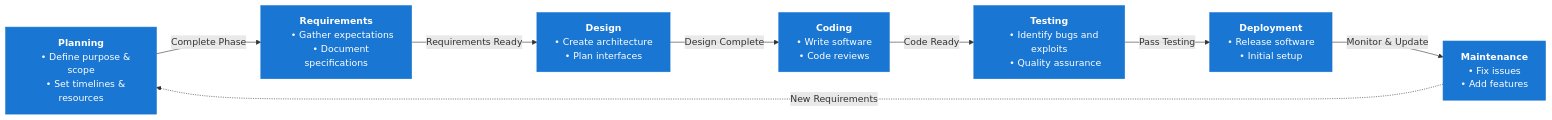
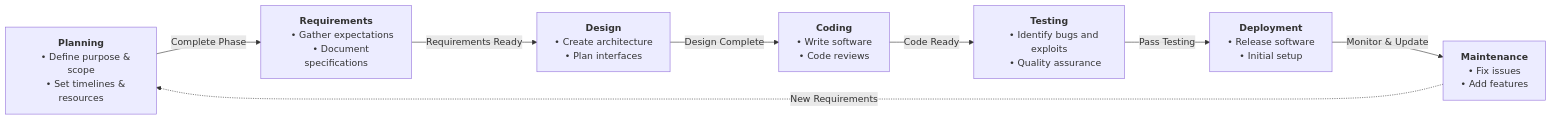
The diagram in README.md (a-dylean/42-darkly), drawn with Mermaid before and after one commit. The commit also changed other lines of this file and 13 other files, not shown here.

````diff
--- a/README.md
+++ b/README.md
@@ -16,34 +18,33 @@
 ```mermaid
 flowchart LR
     classDef phase fill:#1976d2,color:#fff,stroke:#1976d2
 
     P["<b>Planning</b>
     • Define purpose & scope
     • Set timelines & resources"] -->|Complete Phase| R["<b>Requirements</b>
     • Gather expectations
     • Document specifications"]
 
     R -->|Requirements Ready| D["<b>Design</b>
     • Create architecture
     • Plan interfaces"]
 
     D -->|Design Complete| C["<b>Coding</b>
     • Write software
     • Code reviews"]
 
     C -->|Code Ready| T["<b>Testing</b>
     • Identify bugs and exploits
     • Quality assurance"]
 
     T -->|Pass Testing| DE["<b>Deployment</b>
     • Release software
     • Initial setup"]
 
     DE -->|Monitor & Update| M["<b>Maintenance</b>
     • Fix issues
     • Add features"]
 
     M -.->|New Requirements| P
 
-    class P,R,D,C,T,DE,M phase
 ```
````
